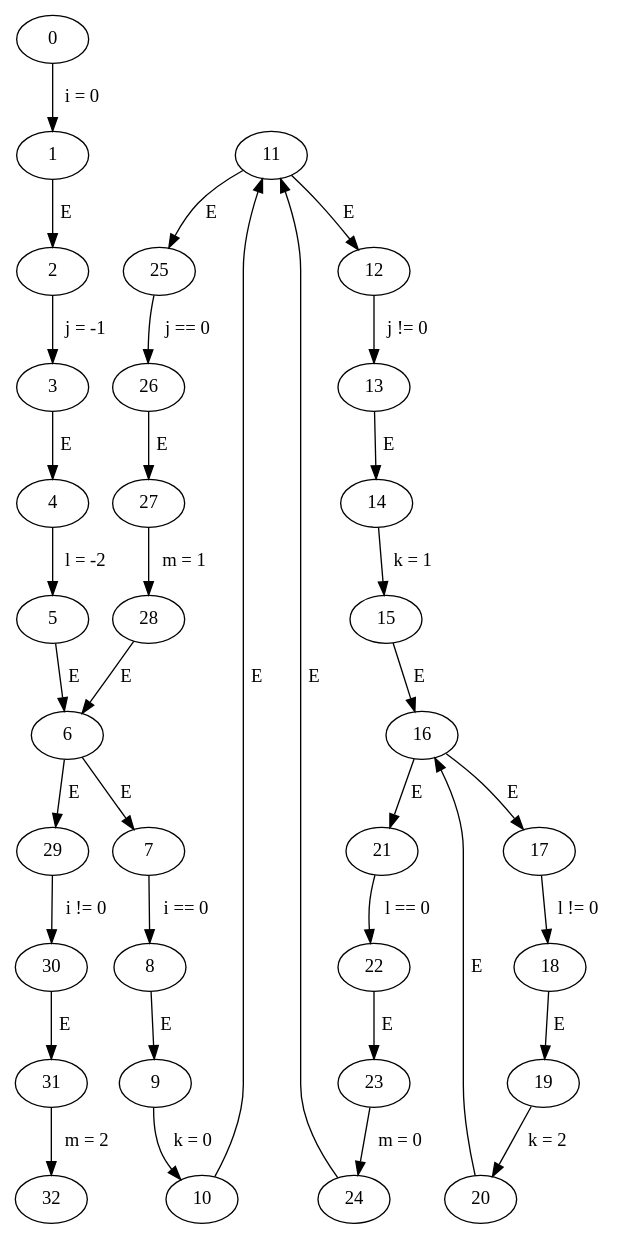
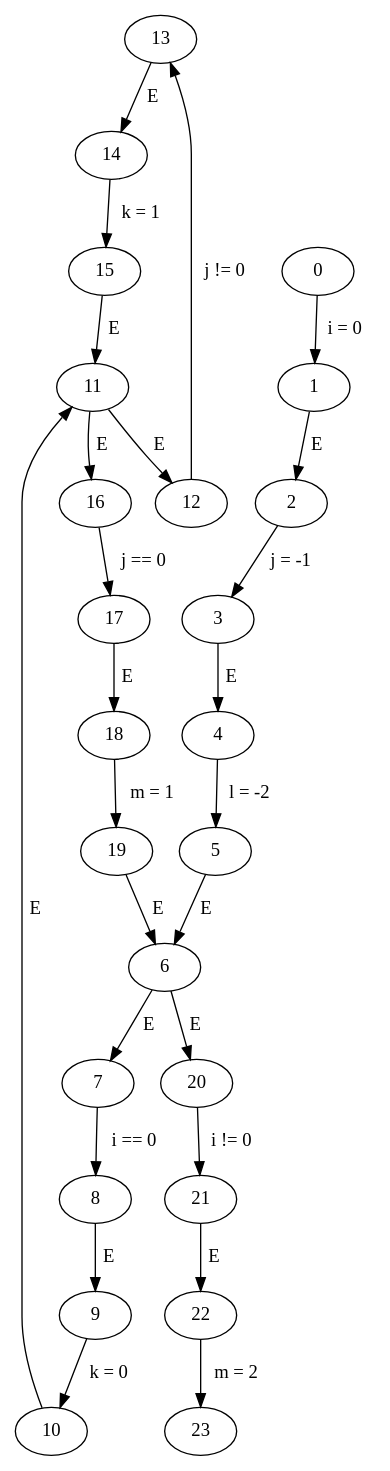
Before and after one commit to Harman309/project6: the diagram in code/cfgs/nestedwhile/nestedwhile.gv, drawn with Graphviz. The commit also changed 58 other files, not shown here.

```diff
--- a/code/cfgs/nestedwhile/nestedwhile.gv
+++ b/code/cfgs/nestedwhile/nestedwhile.gv
@@ -1,38 +1,28 @@
 // nestedwhile
 digraph {
+	13 -> 14 [label=" E "]
+	22 -> 23 [label=" m = 2 "]
+	16 -> 17 [label=" j == 0 "]
+	21 -> 22 [label=" E "]
+	2 -> 3 [label=" j = -1 "]
+	6 -> 20 [label=" E "]
+	3 -> 4 [label=" E "]
+	6 -> 7 [label=" E "]
 	11 -> 12 [label=" E "]
+	18 -> 19 [label=" m = 1 "]
+	8 -> 9 [label=" E "]
+	10 -> 11 [label=" E "]
+	14 -> 15 [label=" k = 1 "]
+	0 -> 1 [label=" i = 0 "]
+	17 -> 18 [label=" E "]
+	1 -> 2 [label=" E "]
+	15 -> 11 [label=" E "]
+	19 -> 6 [label=" E "]
+	20 -> 21 [label=" i != 0 "]
+	9 -> 10 [label=" k = 0 "]
+	11 -> 16 [label=" E "]
+	5 -> 6 [label=" E "]
+	12 -> 13 [label=" j != 0 "]
+	7 -> 8 [label=" i == 0 "]
 	4 -> 5 [label=" l = -2 "]
-	14 -> 15 [label=" k = 1 "]
-	12 -> 13 [label=" j != 0 "]
-	2 -> 3 [label=" j = -1 "]
-	13 -> 14 [label=" E "]
-	24 -> 11 [label=" E "]
-	0 -> 1 [label=" i = 0 "]
-	10 -> 11 [label=" E "]
-	1 -> 2 [label=" E "]
-	3 -> 4 [label=" E "]
-	16 -> 21 [label=" E "]
-	21 -> 22 [label=" l == 0 "]
-	8 -> 9 [label=" E "]
-	29 -> 30 [label=" i != 0 "]
-	18 -> 19 [label=" E "]
-	6 -> 7 [label=" E "]
-	15 -> 16 [label=" E "]
-	7 -> 8 [label=" i == 0 "]
-	5 -> 6 [label=" E "]
-	23 -> 24 [label=" m = 0 "]
-	20 -> 16 [label=" E "]
-	31 -> 32 [label=" m = 2 "]
-	6 -> 29 [label=" E "]
-	19 -> 20 [label=" k = 2 "]
-	9 -> 10 [label=" k = 0 "]
-	25 -> 26 [label=" j == 0 "]
-	30 -> 31 [label=" E "]
-	26 -> 27 [label=" E "]
-	27 -> 28 [label=" m = 1 "]
-	11 -> 25 [label=" E "]
-	17 -> 18 [label=" l != 0 "]
-	22 -> 23 [label=" E "]
-	28 -> 6 [label=" E "]
-	16 -> 17 [label=" E "]
 }
```
